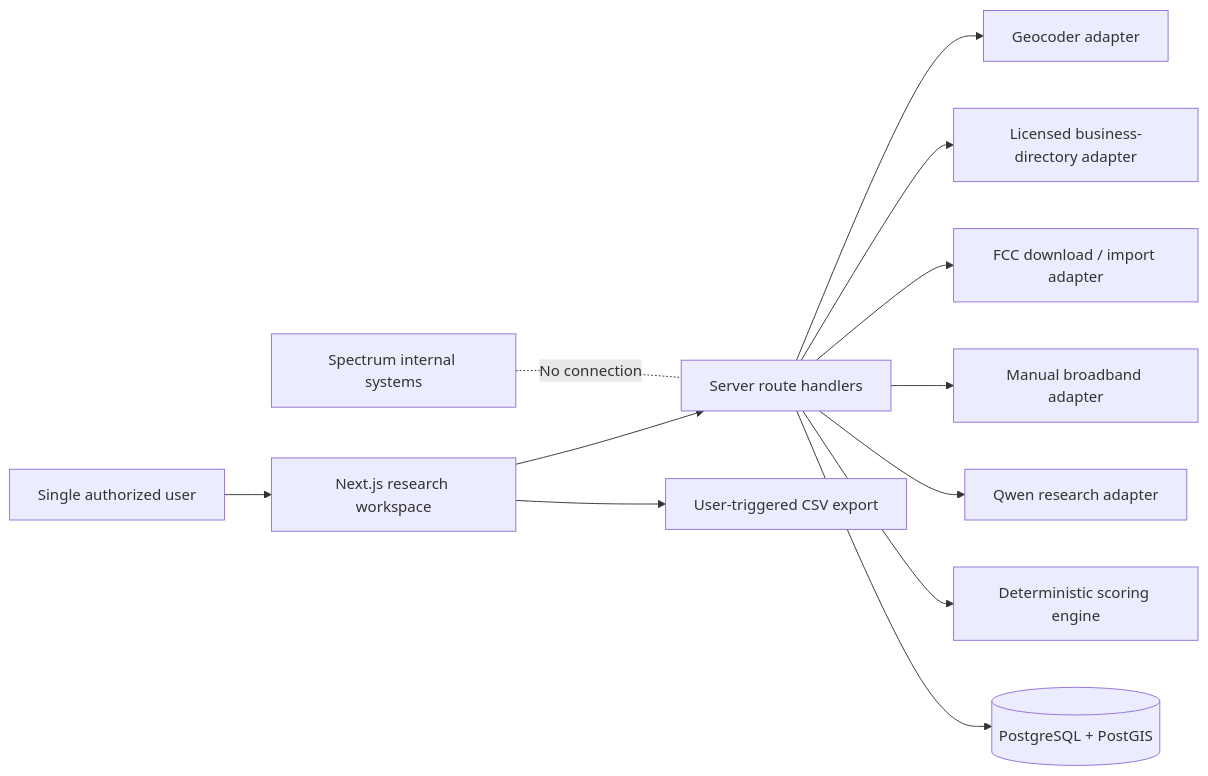
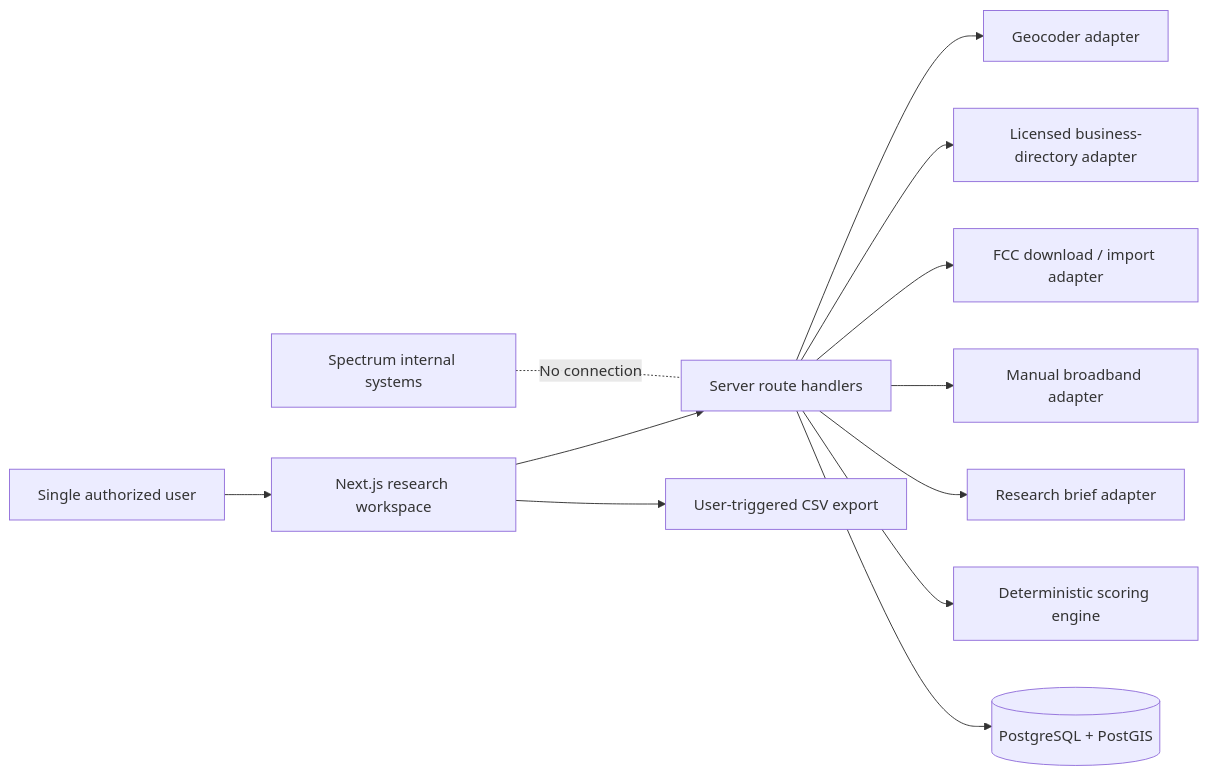
Before and after one commit to sforskeezy/findbiz: the diagram in public/docs/product-blueprint.md, drawn with Mermaid. The commit also changed other lines of this file and 12 other files, not shown here.

````diff
--- a/public/docs/product-blueprint.md
+++ b/public/docs/product-blueprint.md
@@ -16,14 +16,14 @@
 ```mermaid
 flowchart LR
   U["Single authorized user"] --> W["Next.js research workspace"]
   W --> R["Server route handlers"]
   R --> G["Geocoder adapter"]
   R --> D["Licensed business-directory adapter"]
   R --> F["FCC download / import adapter"]
   R --> M["Manual broadband adapter"]
-  R --> Q["Qwen research adapter"]
+  R --> Q["Research brief adapter"]
   R --> S["Deterministic scoring engine"]
   R --> P[("PostgreSQL + PostGIS")]
   W --> C["User-triggered CSV export"]
   X["Spectrum internal systems"] -. "No connection" .- R
 ```
````
